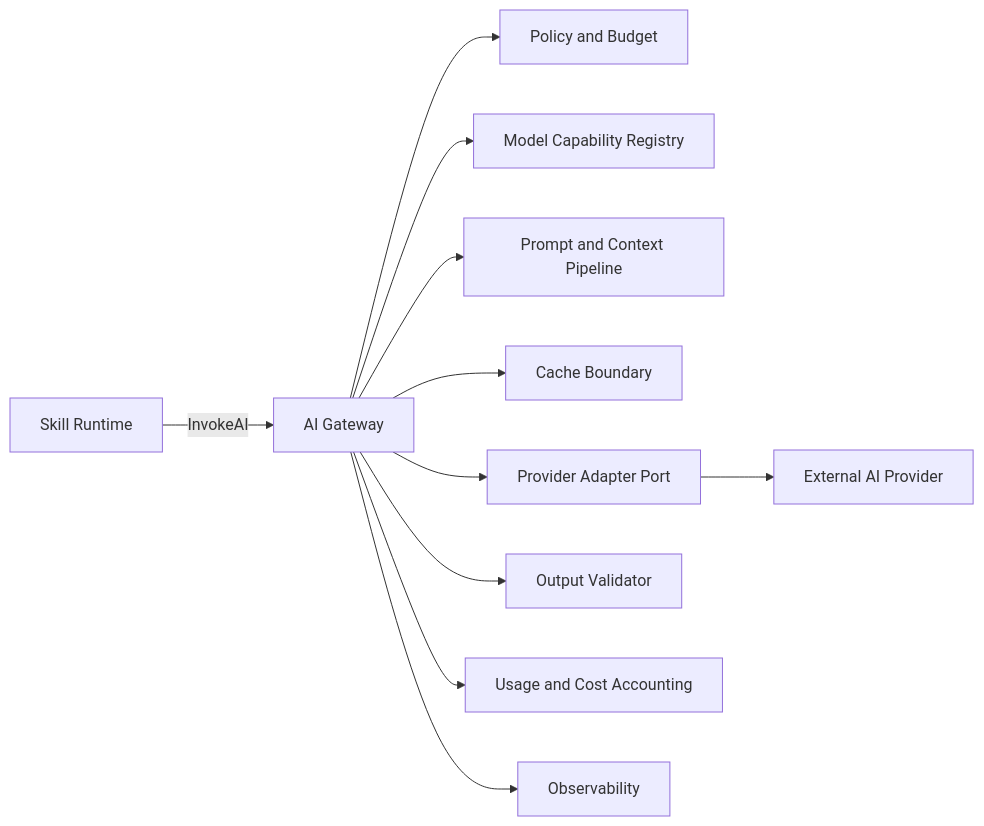
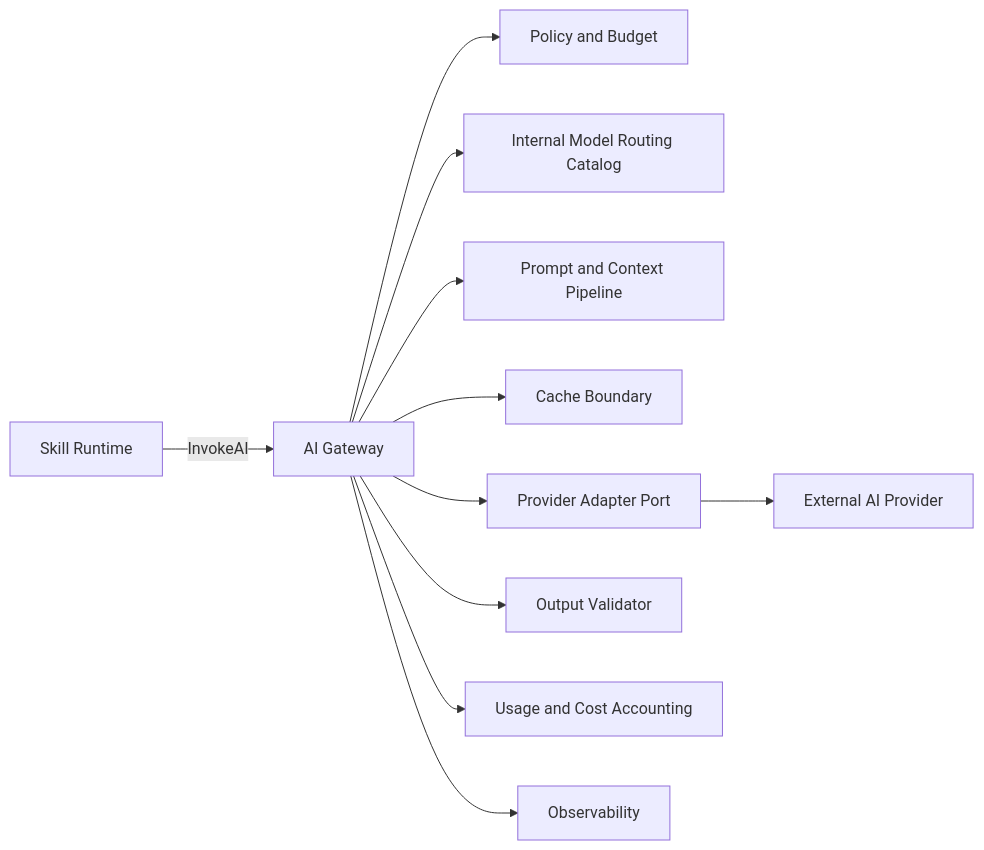
One commit to mayurbhavsar04/AIEOS changed the first of 7 diagrams in docs/architecture/AIGatewayArchitecture.md. Above: the diagram before and after it, drawn with Mermaid. The commit also changed other lines of this file and 10 other files, not shown here.

````diff
--- a/docs/architecture/AIGatewayArchitecture.md
+++ b/docs/architecture/AIGatewayArchitecture.md
@@ -21,13 +21,13 @@
 ```mermaid
 flowchart LR
     SR["Skill Runtime"] -->|"InvokeAI"| GW["AI Gateway"]
     GW --> POL["Policy and Budget"]
-    GW --> REG["Model Capability Registry"]
+    GW --> REG["Internal Model Routing Catalog"]
     GW --> PP["Prompt and Context Pipeline"]
     GW --> CA["Cache Boundary"]
     GW --> PA["Provider Adapter Port"]
     PA --> EXT["External AI Provider"]
     GW --> VAL["Output Validator"]
     GW --> ACC["Usage and Cost Accounting"]
     GW --> OBS["Observability"]
 ```
````
